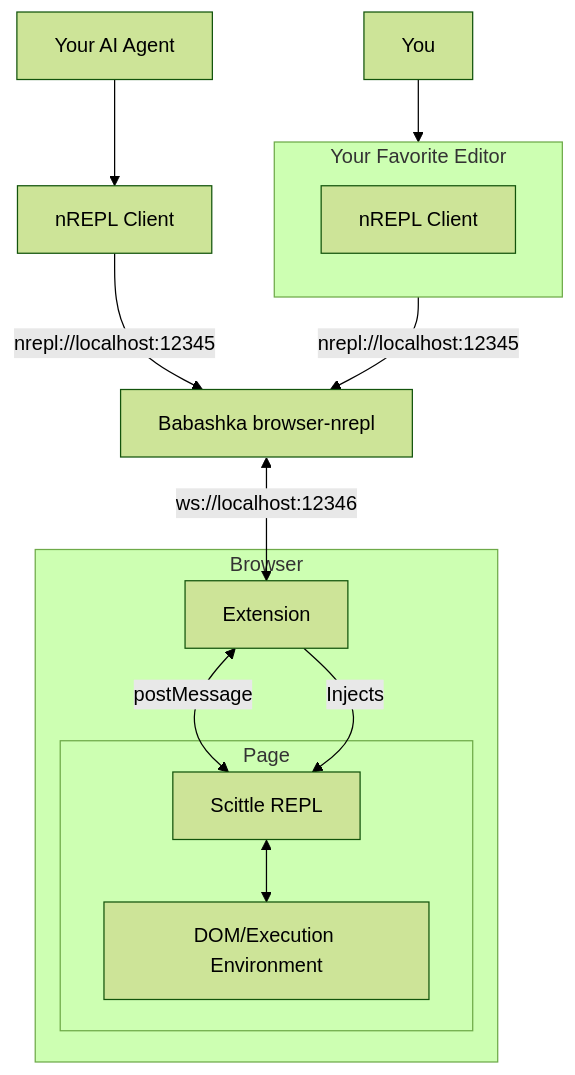
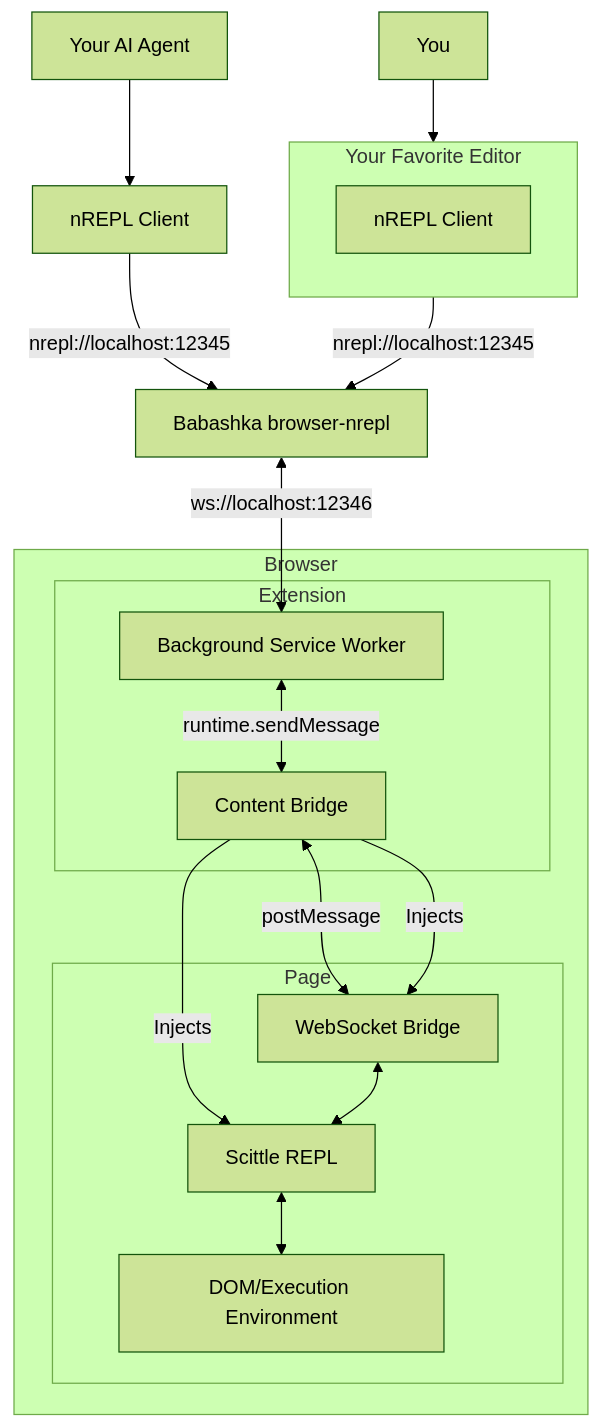
One commit to PEZ/epupp changed the diagram in README.md. Above: the diagram before and after it, drawn with Mermaid (forest theme). The commit also changed other lines of this file and 5 other files, not shown here.

First line of the commit message:
Use a service worker for the websocket connection

````diff
--- a/README.md
+++ b/README.md
@@ -32,28 +32,34 @@
 ```mermaid
 flowchart
     Human["You"] --> Editor
 
     subgraph Editor["Your Favorite Editor"]
          editor-nREPL["nREPL Client"]
     end
 
     AI["Your AI Agent"] --> nREPL["nREPL Client"]
 
     Editor -->|"nrepl://localhost:12345"| nPort
     nREPL -->|"nrepl://localhost:12345"| nPort
 
     nPort["Babashka browser-nrepl"]
 
-    nPort <-->|ws://localhost:12346| Ext
+    nPort <-->|ws://localhost:12346| BG
 
     subgraph Browser["Browser"]
-        Ext["Extension"]
-        Ext <-->|"postMessage"| Scittle
-        Ext -->|"Injects"| Scittle
+        subgraph Extension
+            BG["Background Service Worker"]
+            BG <-->|"runtime.sendMessage"| Bridge["Content Bridge"]
+        end
+        Bridge <-->|"postMessage"| WS-Bridge
+        Bridge -->|"Injects"| Scittle
+        Bridge -->|"Injects"| WS-Bridge
         subgraph Page
           DOM["DOM/Execution Environment"]
+          WS-Bridge["WebSocket Bridge"]
           Scittle["Scittle REPL"]
+          WS-Bridge <--> Scittle
           Scittle <--> DOM
         end
     end
 ```
````
